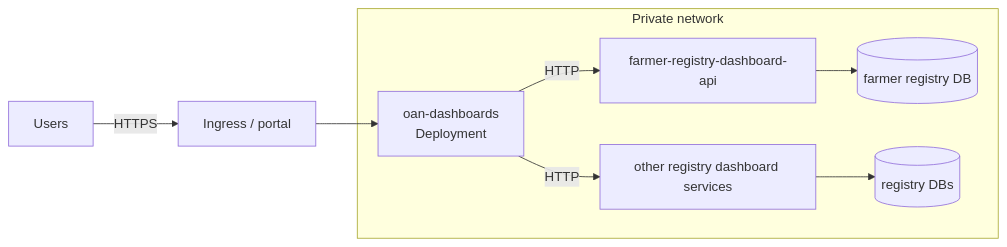
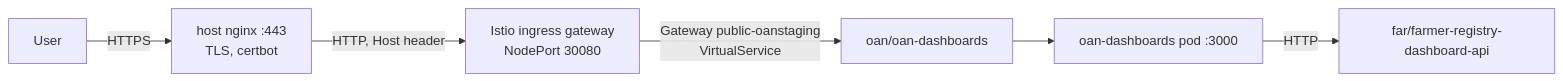
The diagram in docs/deployment.md (Centre-for-Open-Societal-Systems/oan_dashboards), drawn with Mermaid before and after one commit. The commit also changed other lines of this file and 4 other files, not shown here.

Commit message:
docs: deployment, Jenkins setup, cluster bootstrap and public hostname

````diff
--- a/docs/deployment.md
+++ b/docs/deployment.md
@@ -21,11 +15,8 @@
 ```mermaid
 flowchart LR
-    Users -->|HTTPS| Ingress[Ingress / portal]
-    Ingress --> D[oan-dashboards<br/>Deployment]
-    subgraph Private network
-        D -->|HTTP| F[farmer-registry-dashboard-api]
-        D -->|HTTP| O[other registry dashboard services]
-        F --> FDB[(farmer registry DB)]
-        O --> ODB[(registry DBs)]
-    end
+    User -->|HTTPS| Nginx[host nginx :443<br/>TLS, certbot]
+    Nginx -->|HTTP, Host header| Istio[Istio ingress gateway<br/>NodePort 30080]
+    Istio -->|Gateway public-oanstaging<br/>VirtualService| Svc[oan/oan-dashboards]
+    Svc --> Pod[oan-dashboards pod :3000]
+    Pod -->|HTTP| FRS[far/farmer-registry-dashboard-api]
 ```
````
